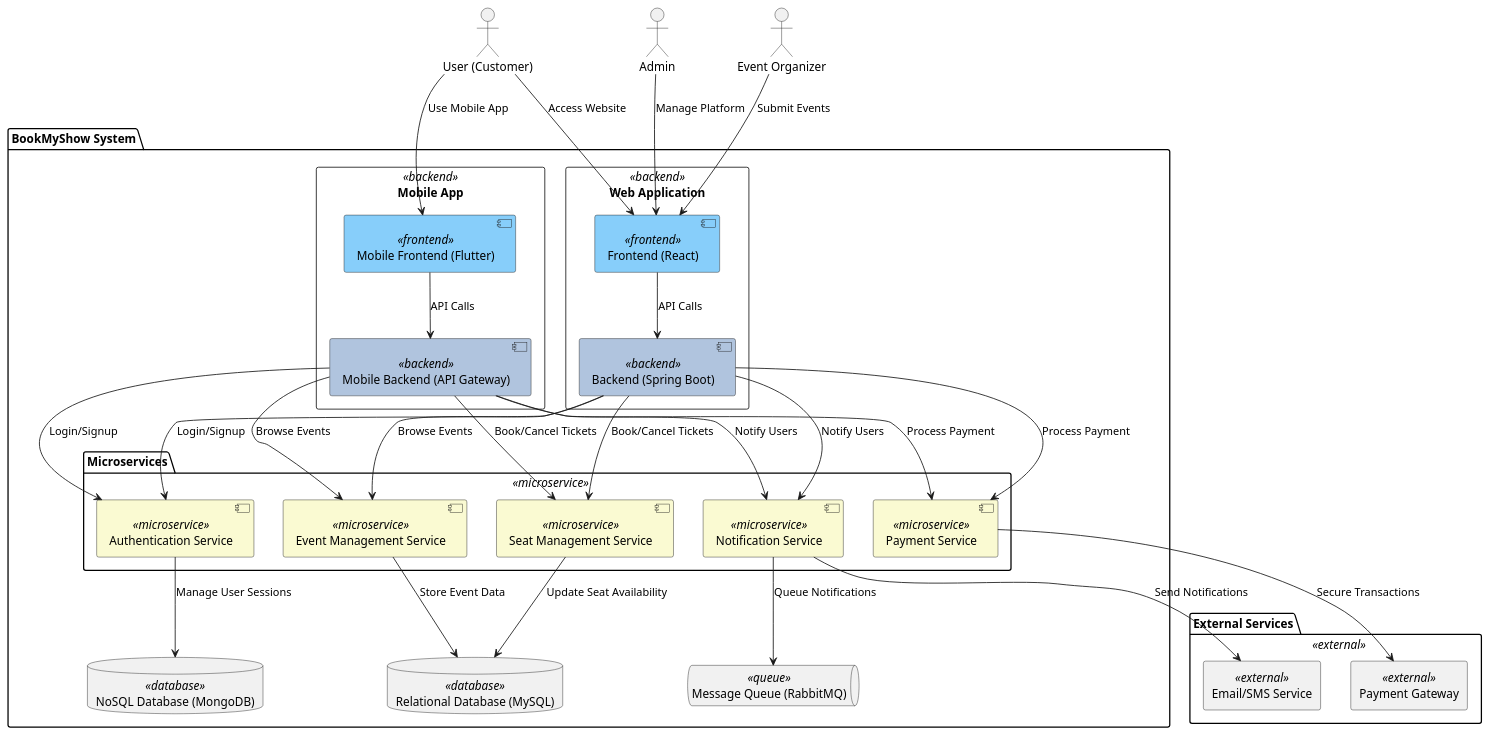
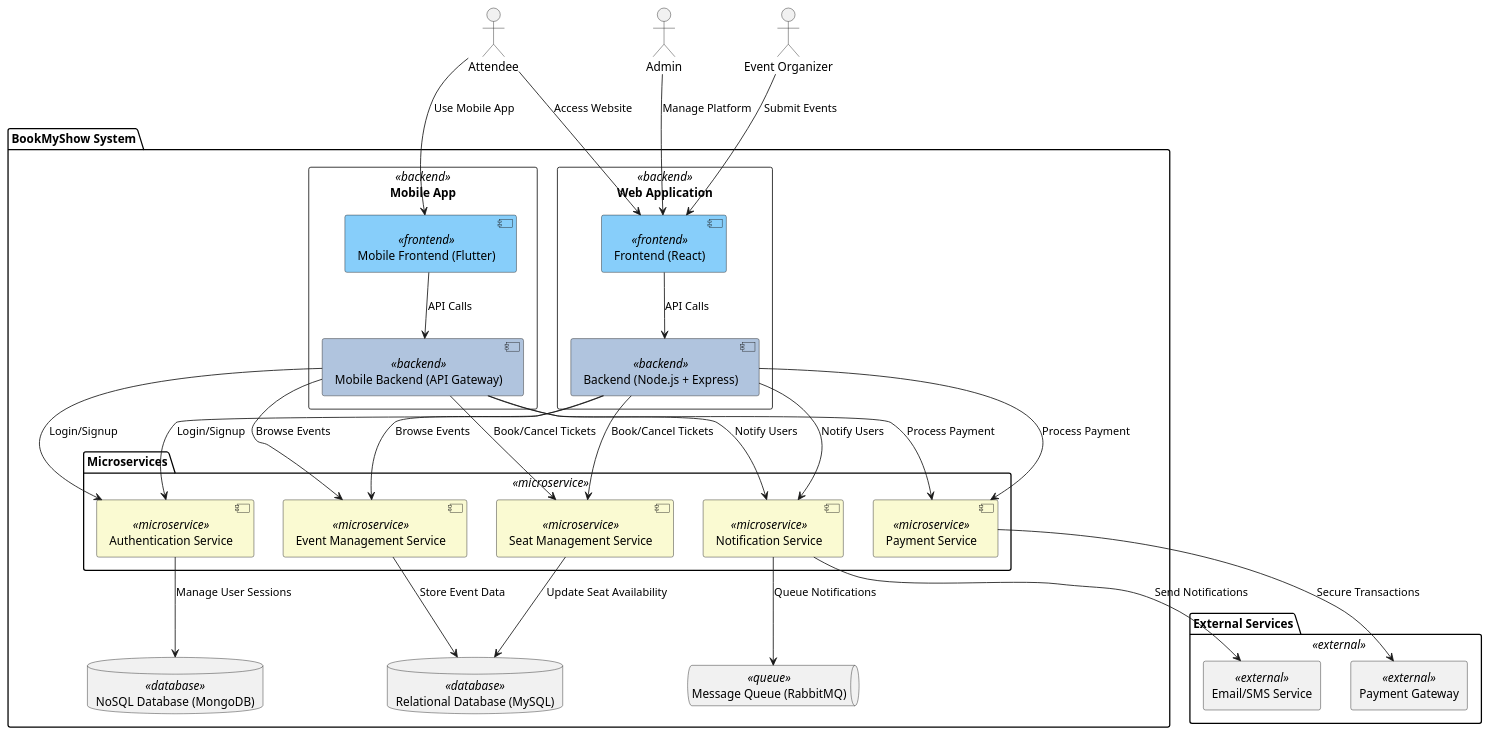
The second of 4 diagrams in Assignment 02/Architecture.md (IIITLucknowSWEngg/CSITTeam012), drawn with PlantUML before and after one commit. The commit also changed other lines of this file, not shown here.

```diff
--- a/Assignment 02/Architecture.md
+++ b/Assignment 02/Architecture.md
@@ -83,7 +83,7 @@
 }
 
 ' External Users
-actor "User (Customer)" as User
+actor "Attendee" as Attendee
 actor "Admin" as Admin
 actor "Event Organizer" as EventOrganizer
 
@@ -93,7 +93,7 @@
     ' Web Application
     rectangle "Web Application" as WebApp <<backend>> {
         component "Frontend (React)" as WebFrontend <<frontend>>
-        component "Backend (Spring Boot)" as WebBackend <<backend>>
+        component "Backend (Node.js + Express)" as WebBackend <<backend>>
     }
 
     ' Mobile Application
@@ -124,8 +124,8 @@
 }
 
 ' Relationships and Data Flow
-User --> WebFrontend : "Access Website"
-User --> MobileFrontend : "Use Mobile App"
+Attendee --> WebFrontend : "Access Website"
+Attendee --> MobileFrontend : "Use Mobile App"
 WebFrontend --> WebBackend : "API Calls"
 MobileFrontend --> MobileBackend : "API Calls"
 
```
